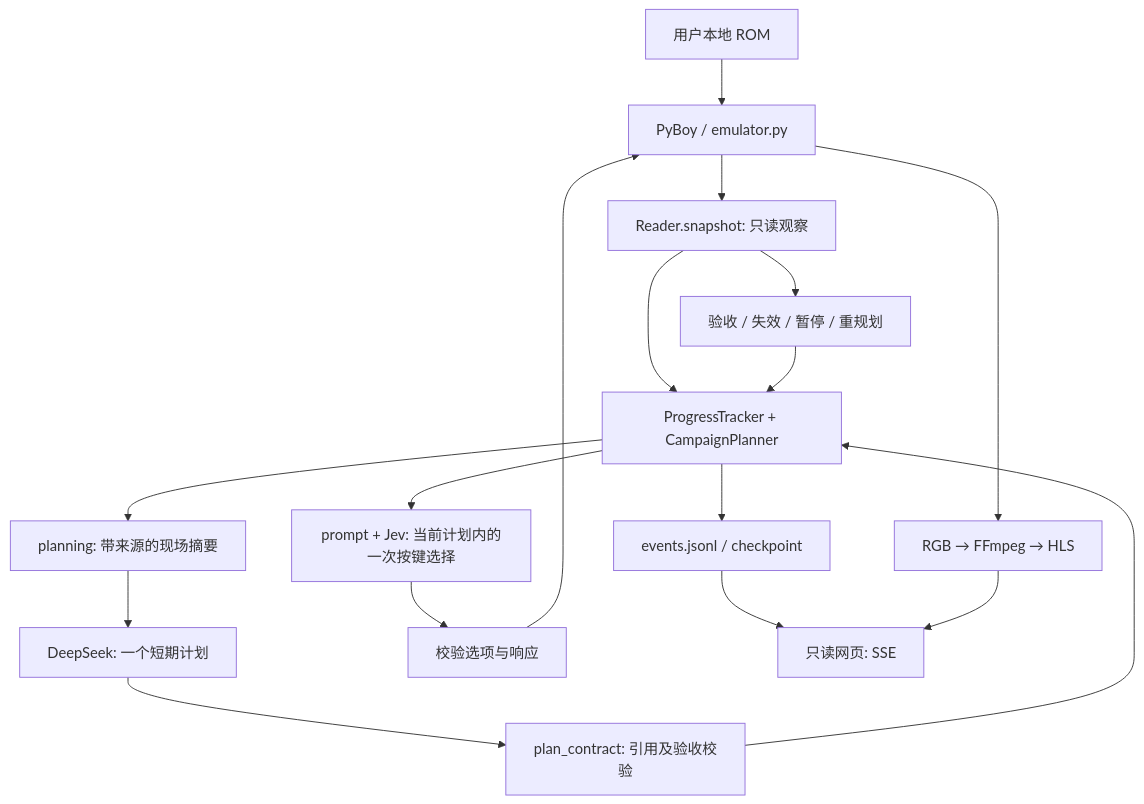
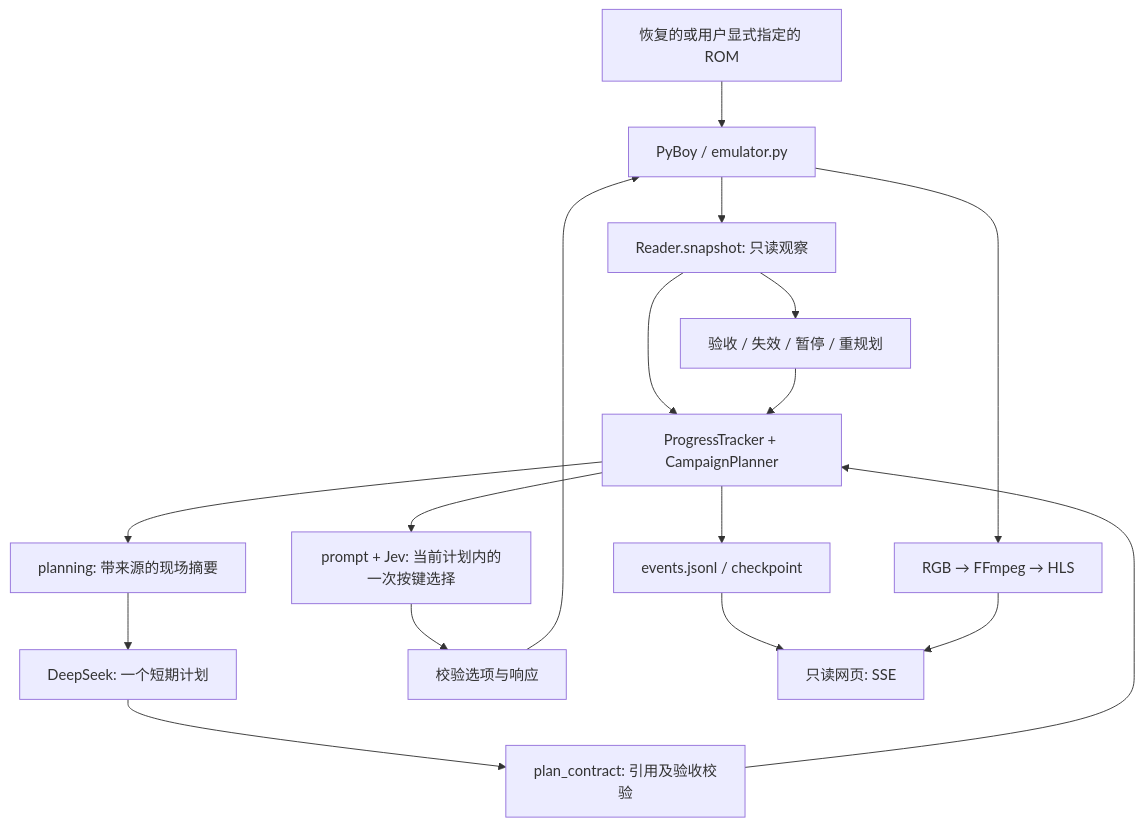
Before and after one commit to atrl/pokemon-jev-readable: the diagram in docs/ARCHITECTURE.md, drawn with Mermaid. The commit also changed other lines of this file and 78 other files, not shown here.

````diff
--- a/docs/ARCHITECTURE.md
+++ b/docs/ARCHITECTURE.md
@@ -7,19 +21,19 @@
 ```mermaid
 flowchart TD
-  ROM[用户本地 ROM] --> E[PyBoy / emulator.py]
+  ROM[恢复的或用户显式指定的 ROM] --> E[PyBoy / emulator.py]
   E --> O[Reader.snapshot: 只读观察]
   O --> M[ProgressTracker + CampaignPlanner]
   M --> P[planning: 带来源的现场摘要]
   P --> D[DeepSeek: 一个短期计划]
   D --> C[plan_contract: 引用及验收校验]
   C --> M
   M --> J[prompt + Jev: 当前计划内的一次按键选择]
   J --> V[校验选项与响应]
   V --> E
   O --> R[验收 / 失效 / 暂停 / 重规划]
   R --> M
   E --> H[RGB → FFmpeg → HLS]
   M --> L[events.jsonl / checkpoint]
   L --> UI[只读网页: SSE]
   H --> UI
 ```
````
